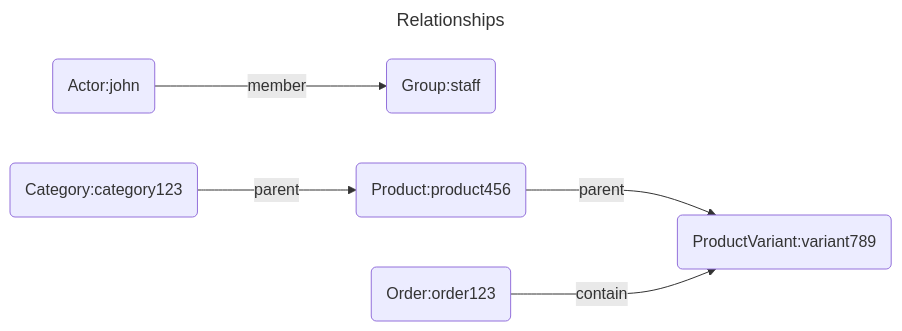
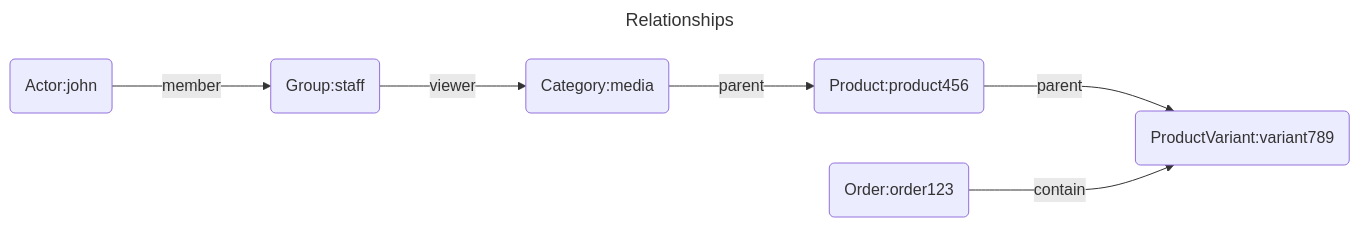
The second of 3 diagrams in keto/permissions.md (juliuskrah/simple-commerce), drawn with Mermaid before and after one commit. The commit also changed other lines of this file and 7 other files, not shown here.

````diff
--- a/keto/permissions.md
+++ b/keto/permissions.md
@@ -60,16 +67,17 @@
 ```mermaid
 ---
 title: Relationships
 ---
 flowchart LR
     actors---> |member| groups
+    groups---> |viewer| categories
     products---> |parent| product_variants
     orders---> |contain| product_variants
     categories---> |parent| products
     actors(Actor:john)
     products(Product:product456)
     product_variants(ProductVariant:variant789)
     orders(Order:order123)
-    categories(Category:category123)
+    categories(Category:media)
     groups(Group:staff)
 ```
````
